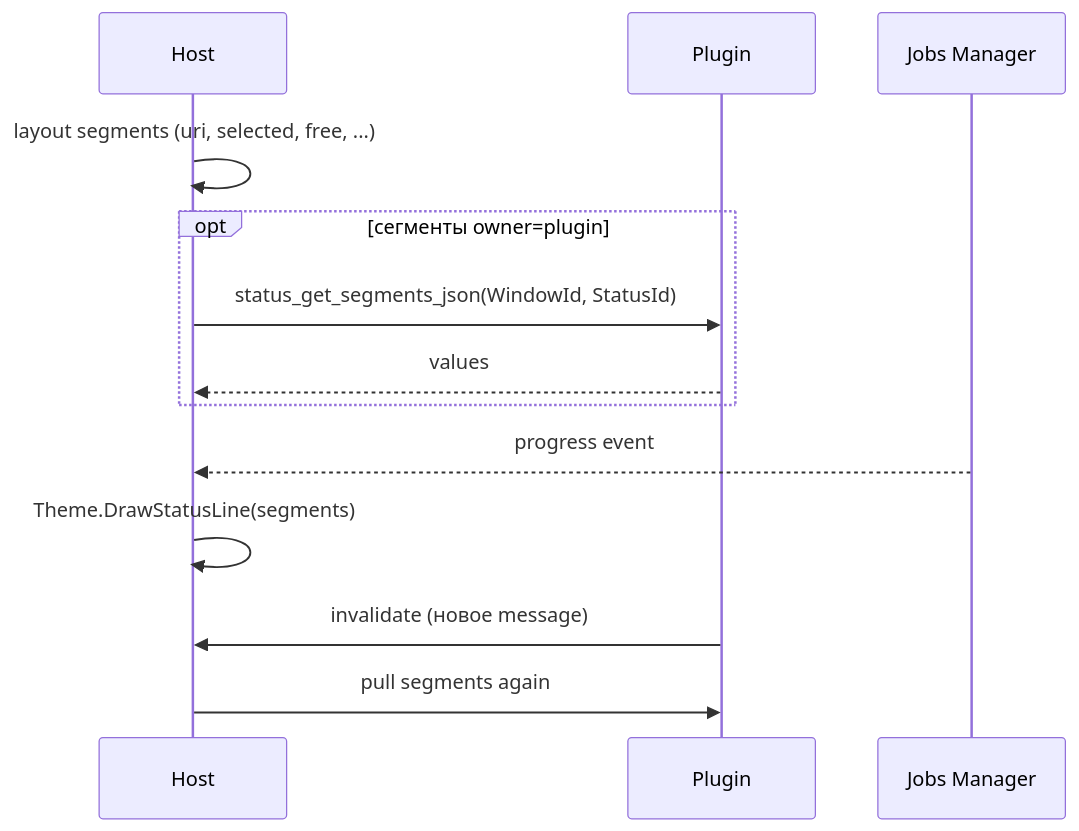
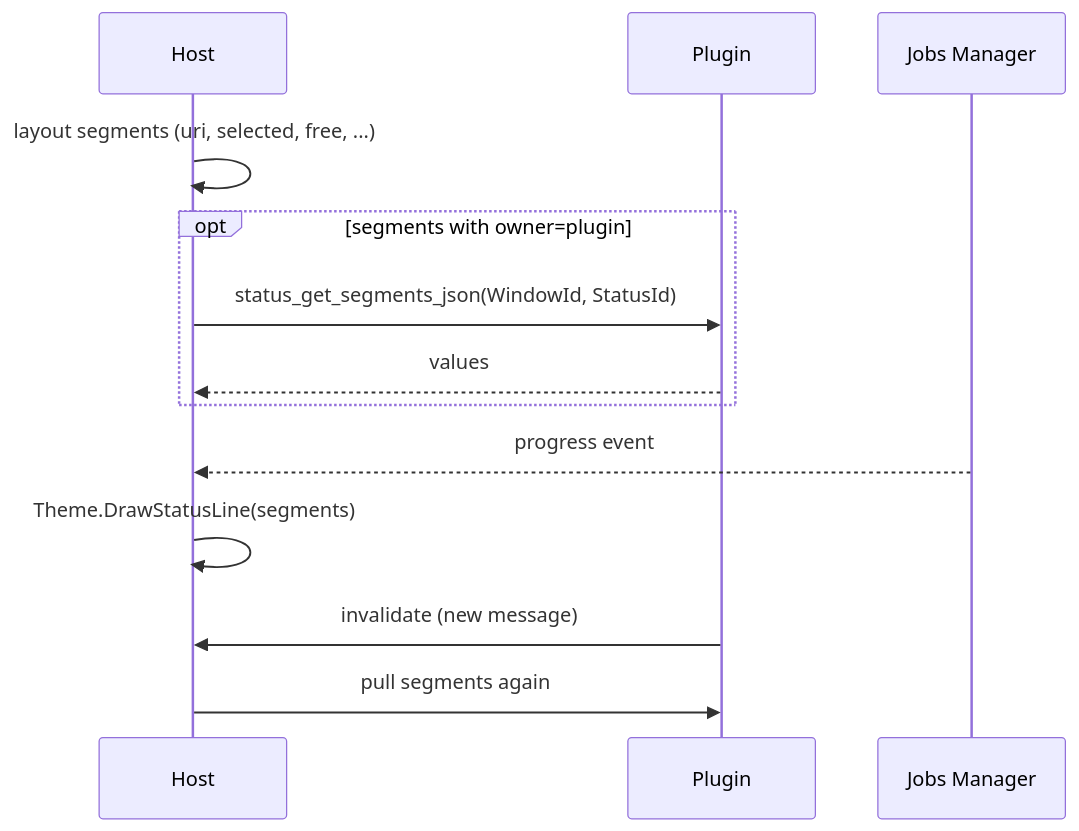
The diagram in docs/STATUS_PLUGIN.md (Laex/MTN2), drawn with Mermaid before and after one commit. The commit also changed other lines of this file and 120 other files, not shown here.

````diff
--- a/docs/STATUS_PLUGIN.md
+++ b/docs/STATUS_PLUGIN.md
@@ -33,16 +35,16 @@
 ```mermaid
 sequenceDiagram
     participant Host
     participant Plug as Plugin
     participant Jobs as Jobs Manager
 
     Host->>Host: layout segments (uri, selected, free, ...)
-    opt сегменты owner=plugin
+    opt segments with owner=plugin
         Host->>Plug: status_get_segments_json(WindowId, StatusId)
         Plug-->>Host: values
     end
     Jobs-->>Host: progress event
     Host->>Host: Theme.DrawStatusLine(segments)
-    Plug->>Host: invalidate (новое message)
+    Plug->>Host: invalidate (new message)
     Host->>Plug: pull segments again
 ```
````
